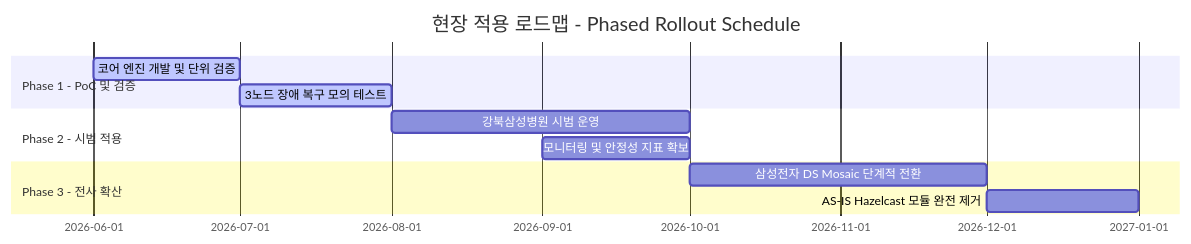
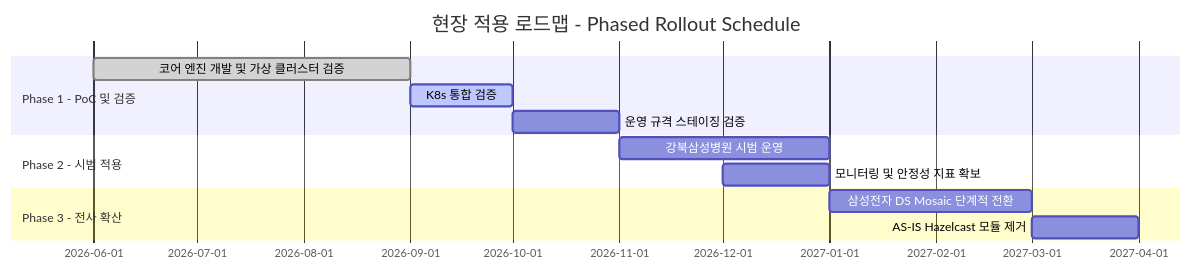
Before and after one commit to reddiana/a-cert: the diagram in ArchitectureSpecification/8. 현장 활용 계획.md, drawn with Mermaid. The commit also changed other lines of this file and 38 other files, not shown here.

````diff
--- a/ArchitectureSpecification/8. 현장 활용 계획.md
+++ b/ArchitectureSpecification/8. 현장 활용 계획.md
@@ -30,14 +30,15 @@
 ```mermaid
 gantt
     title 현장 적용 로드맵 - Phased Rollout Schedule
     dateFormat  YYYY-MM
     section Phase 1 - PoC 및 검증
-    코어 엔진 개발 및 단위 검증     :active, p1, 2026-06, 2026-07
-    3노드 장애 복구 모의 테스트  :active, p2, 2026-07, 2026-08
+    코어 엔진 개발 및 가상 클러스터 검증 :done, p1, 2026-06, 2026-09
+    K8s 통합 검증                  :active, p2, 2026-09, 2026-10
+    운영 규격 스테이징 검증          :p3, 2026-10, 2026-11
     section Phase 2 - 시범 적용
-    강북삼성병원 시범 운영         :p3, 2026-08, 2026-10
-    모니터링 및 안정성 지표 확보   :p4, 2026-09, 2026-10
+    강북삼성병원 시범 운영         :p4, 2026-11, 2027-01
+    모니터링 및 안정성 지표 확보   :p5, 2026-12, 2027-01
     section Phase 3 - 전사 확산
-    삼성전자 DS Mosaic 단계적 전환 :p5, 2026-10, 2026-12
-    AS-IS Hazelcast 모듈 완전 제거 :p6, 2026-12, 2027-01
+    삼성전자 DS Mosaic 단계적 전환 :p6, 2027-01, 2027-03
+    AS-IS Hazelcast 모듈 제거 :p7, 2027-03, 2027-04
 ```
````
